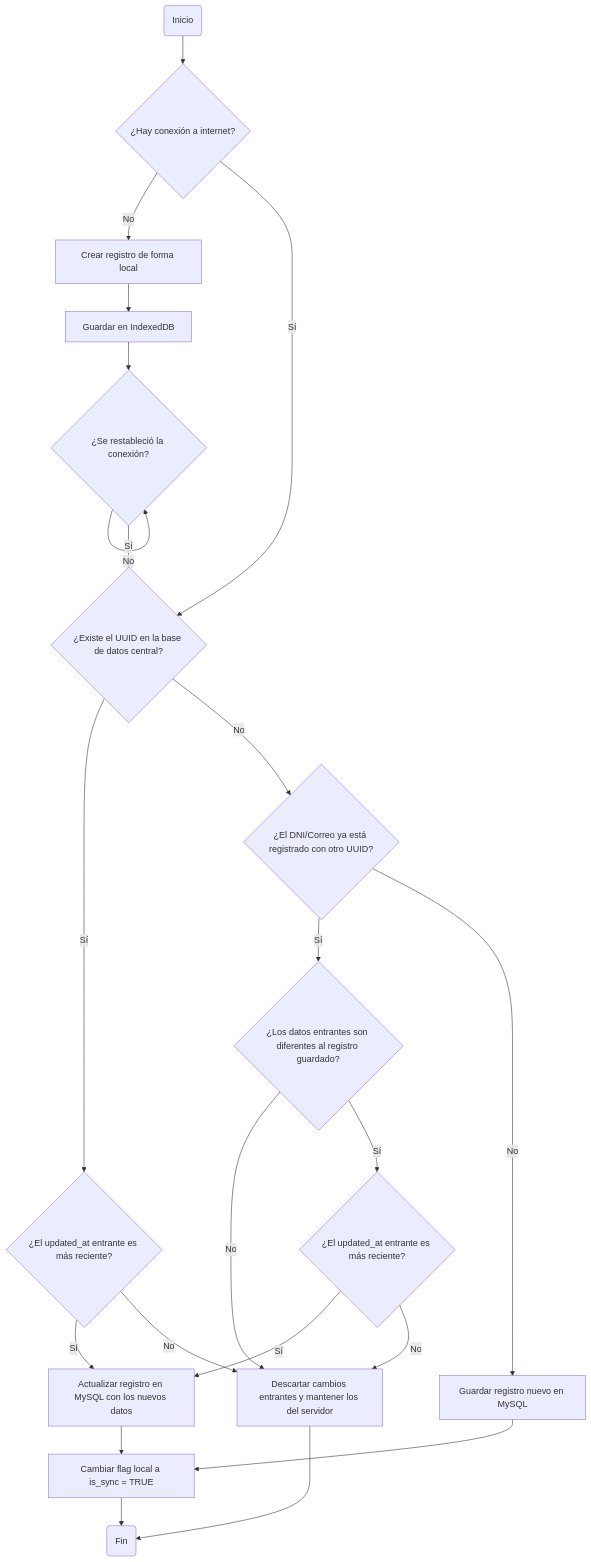
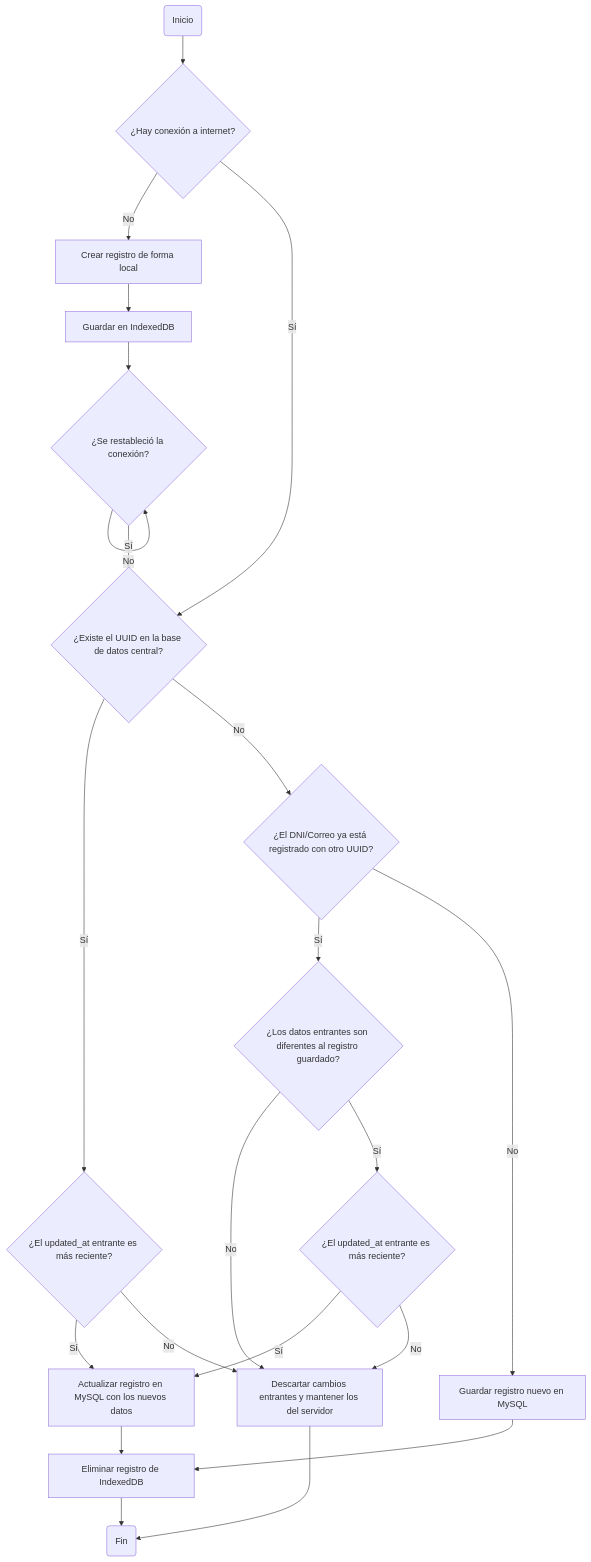
One commit to one-centavo/project3 changed the diagram in docs.md. Above: the diagram before and after it, drawn with Mermaid. The commit also changed other lines of this file, not shown here.

Commit message:
docs: remove is_sync field references from documentation

````diff
--- a/docs.md
+++ b/docs.md
@@ -25,37 +25,37 @@
 ```mermaid
 graph TD
     inicio(Inicio) --> A{¿Hay conexión a internet?}
 
     %% CAMINO OFFLINE
     A -->|No| C[Crear registro de forma local]
     C --> C1[Guardar en IndexedDB]
     C1 --> C2{¿Se restableció la conexión?}
     C2 -->|No| C2
     C2 -->|Sí| B
 
     %% CAMINO ONLINE / SINCRONIZACIÓN
     A -->|Sí| B{¿Existe el UUID en la base de datos central?}
 
     %% SI EL UUID YA EXISTE (Es una modificación de un registro existente)
     B -->|Sí| D{¿El updated_at entrante es más reciente?}
     D -->|Sí| D_SI[Actualizar registro en MySQL con los nuevos datos]
     D -->|No| D_NO[Descartar cambios entrantes y mantener los del servidor]
 
     %% SI EL UUID NO EXISTE (Es una creación de un registro nuevo)
     B -->|No| validationDni{¿El DNI/Correo ya está registrado con otro UUID?}
 
     %% NUEVA LÓGICA SOLICITADA PARA EL CAMINO "SÍ" DEL DNI
     validationDni -->|Sí| checkChanges{¿Los datos entrantes son diferentes al registro guardado?}
     checkChanges -->|No| D_NO
     checkChanges -->|Sí| checkTime{¿El updated_at entrante es más reciente?}
     checkTime -->|Sí| D_SI
     checkTime -->|No| D_NO
 
     validationDni -->|No| F[Guardar registro nuevo en MySQL]
 
     %% CIERRE DEL PROCESO
-    D_SI --> fin_sync[Cambiar flag local a is_sync = TRUE]
+    D_SI --> fin_sync[Eliminar registro de IndexedDB]
     F --> fin_sync
     D_NO --> fin(Fin)
     fin_sync --> fin
 ```
````
